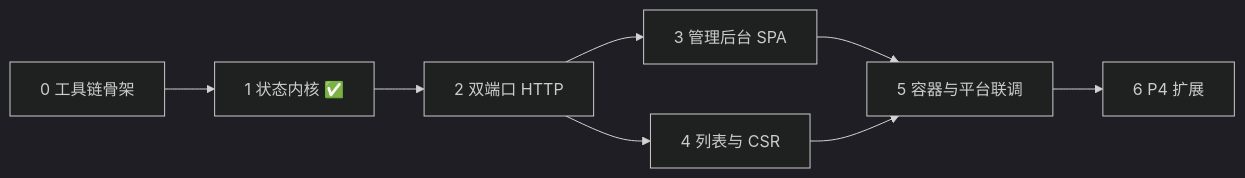
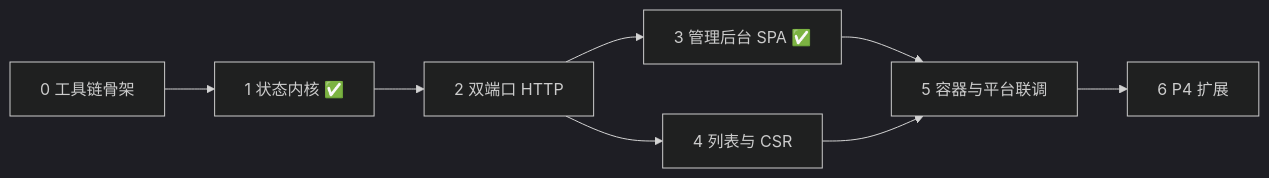
The diagram in plan/README.md (webmonitor/mocksite), drawn with Mermaid (dark theme) before and after one commit. The commit also changed other lines of this file and 21 other files, not shown here.

````diff
--- a/plan/README.md
+++ b/plan/README.md
@@ -11,10 +11,10 @@
 ```mermaid
 graph LR
   S0[0 工具链骨架] --> S1[1 状态内核 ✅]
   S1 --> S2[2 双端口 HTTP]
-  S2 --> S3[3 管理后台 SPA]
+  S2 --> S3[3 管理后台 SPA ✅]
   S2 --> S4[4 列表与 CSR]
   S3 --> S5[5 容器与平台联调]
   S4 --> S5
   S5 --> S6[6 P4 扩展]
 ```
````
